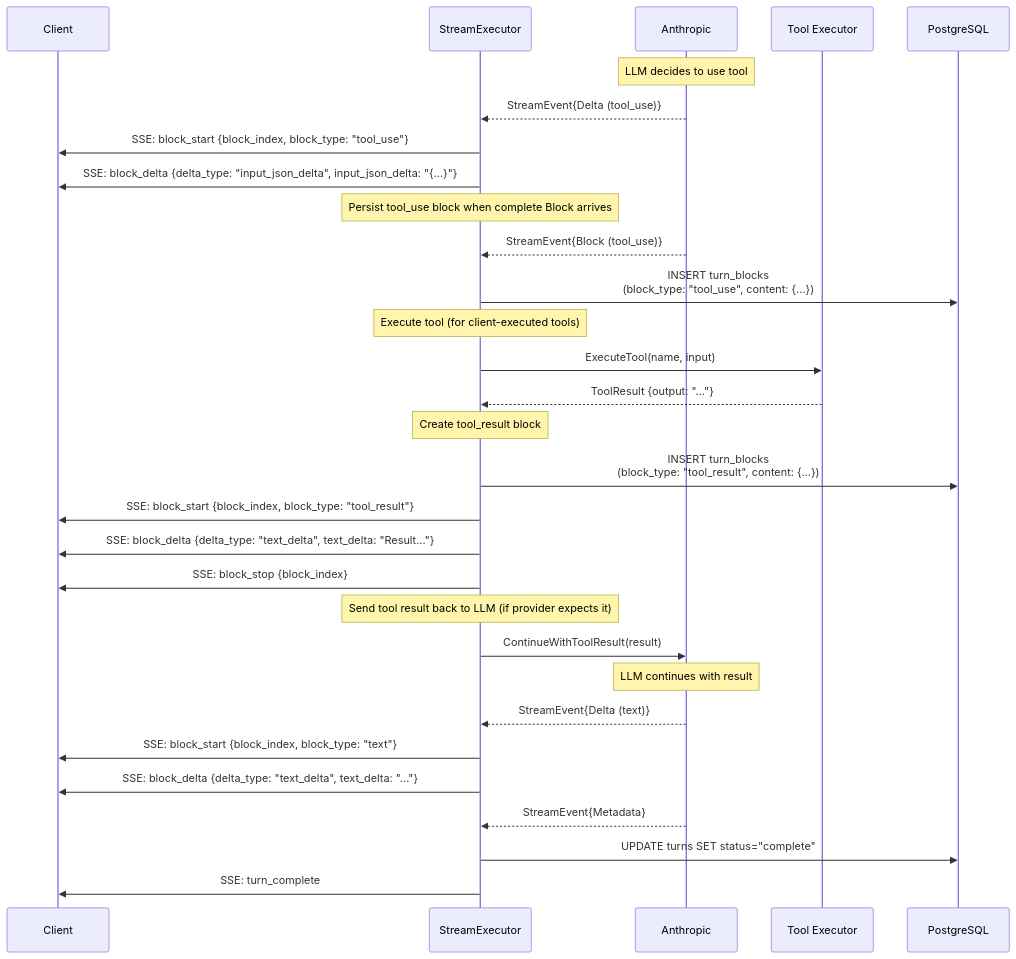
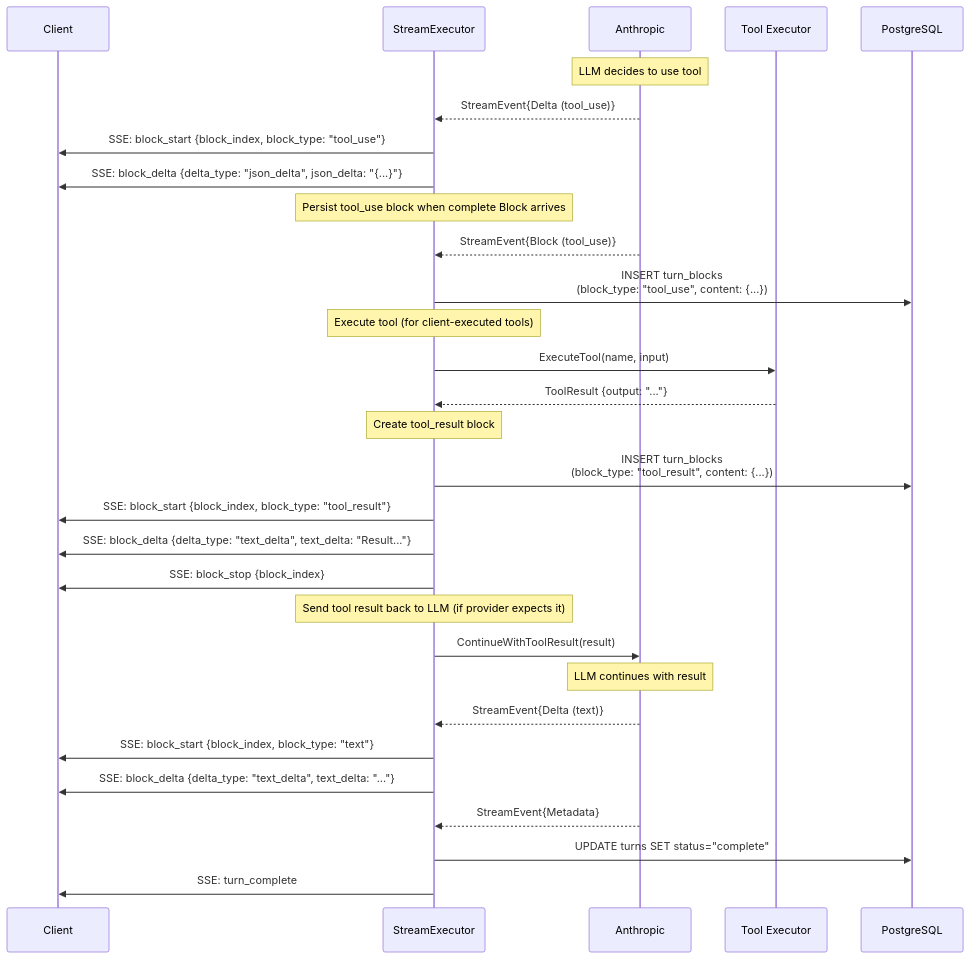
The diagram in _docs/technical/llm/streaming/tool-execution.md (haowjy/meridian), drawn with Mermaid before and after one commit. The commit also changed 32 other files, not shown here.

````diff
--- a/_docs/technical/llm/streaming/tool-execution.md
+++ b/_docs/technical/llm/streaming/tool-execution.md
@@ -12,45 +12,45 @@
 ```mermaid
 sequenceDiagram
     participant Client
     participant Executor as StreamExecutor
     participant Provider as Anthropic
     participant Tool as Tool Executor
     participant DB as PostgreSQL
 
     Note over Provider: LLM decides to use tool
 
     Provider-->>Executor: StreamEvent{Delta (tool_use)}
     Executor->>Client: SSE: block_start {block_index, block_type: "tool_use"}
-    Executor->>Client: SSE: block_delta {delta_type: "input_json_delta", input_json_delta: "{...}"}
+    Executor->>Client: SSE: block_delta {delta_type: "json_delta", json_delta: "{...}"}
 
     Note over Executor: Persist tool_use block when complete Block arrives
 
     Provider-->>Executor: StreamEvent{Block (tool_use)}
     Executor->>DB: INSERT turn_blocks<br/>(block_type: "tool_use", content: {...})
 
     Note over Executor: Execute tool (for client-executed tools)
 
     Executor->>Tool: ExecuteTool(name, input)
     Tool-->>Executor: ToolResult {output: "..."}
 
     Note over Executor: Create tool_result block
 
     Executor->>DB: INSERT turn_blocks<br/>(block_type: "tool_result", content: {...})
     Executor->>Client: SSE: block_start {block_index, block_type: "tool_result"}
     Executor->>Client: SSE: block_delta {delta_type: "text_delta", text_delta: "Result..."}
     Executor->>Client: SSE: block_stop {block_index}
 
     Note over Executor: Send tool result back to LLM (if provider expects it)
 
     Executor->>Provider: ContinueWithToolResult(result)
 
     Note over Provider: LLM continues with result
 
     Provider-->>Executor: StreamEvent{Delta (text)}
     Executor->>Client: SSE: block_start {block_index, block_type: "text"}
     Executor->>Client: SSE: block_delta {delta_type: "text_delta", text_delta: "..."}
 
     Provider-->>Executor: StreamEvent{Metadata}
     Executor->>DB: UPDATE turns SET status="complete"
     Executor->>Client: SSE: turn_complete
 ```
````
